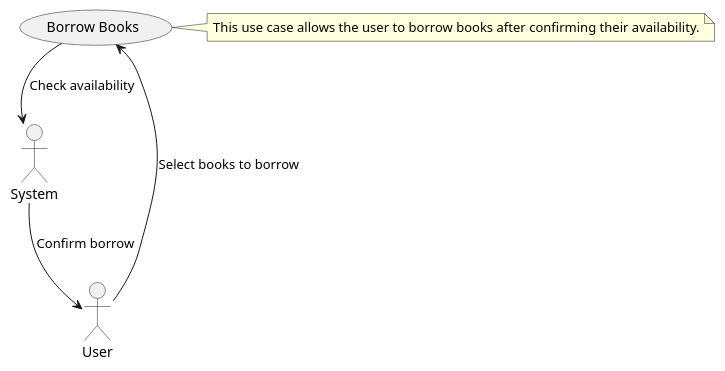
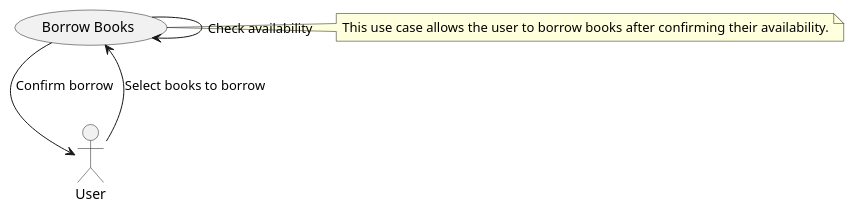
Before and after one commit to mernaahmed2020/LibraryOO: the diagram in docs/Use cases/Borrow Books.puml, drawn with PlantUML. The commit also changed other lines of this file, not shown here.

Commit message:
Update Borrow Books.puml

```diff
--- a/docs/Use cases/Borrow Books.puml
+++ b/docs/Use cases/Borrow Books.puml
@@ -1,16 +1,15 @@
 @startuml
 
 :User: as User
-:System: as System
 
 (Borrow Books) as (UC4)
 
 User --> (UC4) : "Select books to borrow"
-(UC4) --> System : "Check availability"
-System --> User : "Confirm borrow"
+(UC4) --> (UC4) : "Check availability"
+(UC4) --> User : "Confirm borrow"
 
 note right of (UC4)
 This use case allows the user to borrow books after confirming their availability.
 end note
 
 @enduml
```
